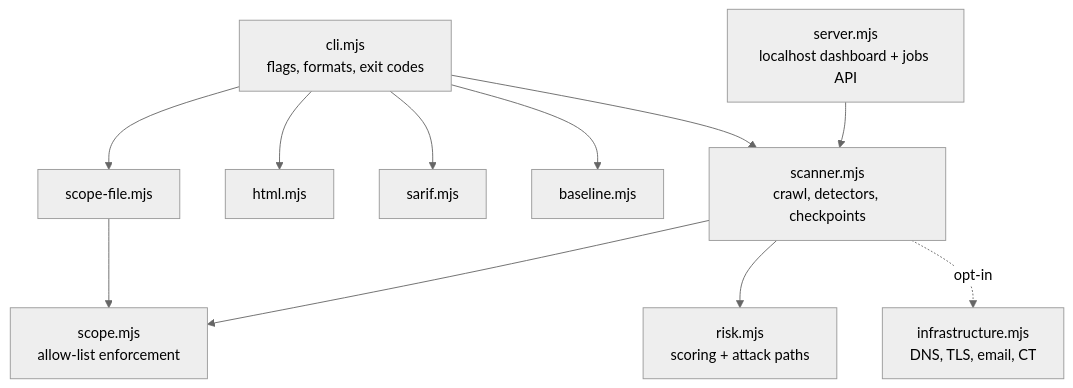
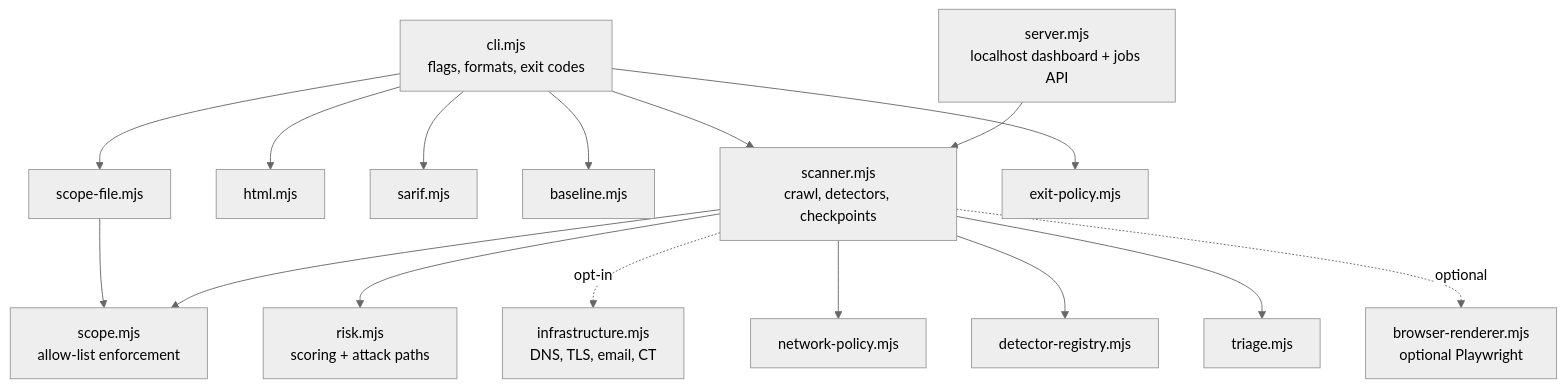
The first of 2 diagrams in docs/ARCHITECTURE.md (maprestore/sentinelscan), drawn with Mermaid (neutral theme) before and after one commit. The commit also changed other lines of this file and 57 other files, not shown here.

Commit message:
Update SentinelScan: schemas, policies, docs and expanded test suite

````diff
--- a/docs/ARCHITECTURE.md
+++ b/docs/ARCHITECTURE.md
@@ -14,23 +14,33 @@
 ```mermaid
 flowchart TB
     CLI[cli.mjs<br/>flags, formats, exit codes]
     SRV[server.mjs<br/>localhost dashboard + jobs API]
     SCAN[scanner.mjs<br/>crawl, detectors, checkpoints]
     SCOPE[scope.mjs<br/>allow-list enforcement]
     RISK[risk.mjs<br/>scoring + attack paths]
     INFRA[infrastructure.mjs<br/>DNS, TLS, email, CT]
     OUT1[html.mjs]
     OUT2[sarif.mjs]
     BASE[baseline.mjs]
     SF[scope-file.mjs]
+    NET[network-policy.mjs]
+    REG[detector-registry.mjs]
+    TRIAGE[triage.mjs]
+    EXIT[exit-policy.mjs]
+    BROWSER[browser-renderer.mjs<br/>optional Playwright]
 
     CLI --> SF --> SCOPE
     CLI --> SCAN
     SRV --> SCAN
     SCAN --> SCOPE
     SCAN --> RISK
     SCAN -. opt-in .-> INFRA
+    SCAN --> NET
+    SCAN --> REG
+    SCAN --> TRIAGE
+    CLI --> EXIT
+    SCAN -. optional .-> BROWSER
     CLI --> OUT1
     CLI --> OUT2
     CLI --> BASE
 ```
````
